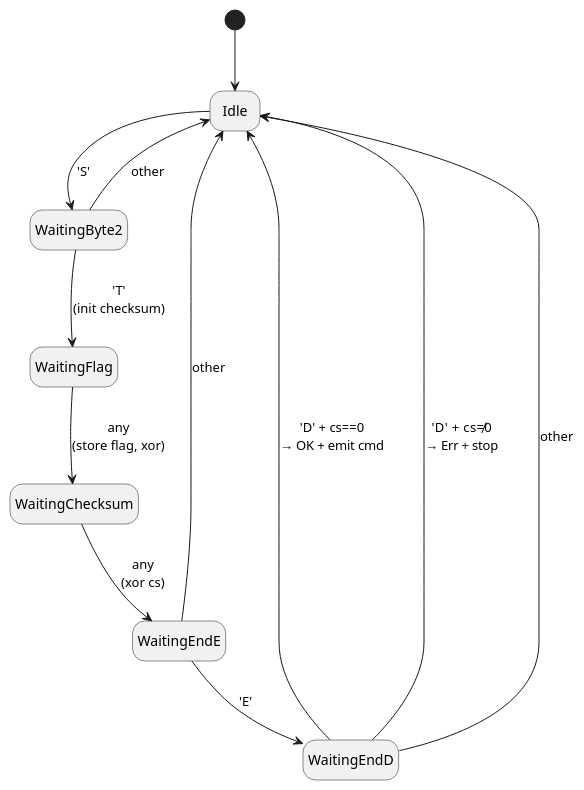
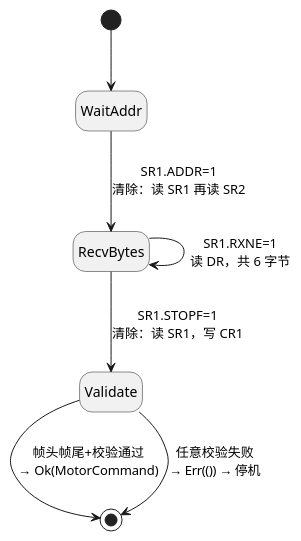
The diagram in src/study/misc/otto/第3幕-副板固件实现.md (kanaD3-Chan/YMDG-BM.github.io), drawn with PlantUML before and after one commit. The commit also changed other lines of this file, not shown here.

```diff
--- a/src/study/misc/otto/第3幕-副板固件实现.md
+++ b/src/study/misc/otto/第3幕-副板固件实现.md
@@ -83,14 +109,9 @@
 @startuml
 hide empty description
-[*] --> Idle
-Idle --> WaitingByte2 : 'S'
-WaitingByte2 --> WaitingFlag : 'T'\n(init checksum)
-WaitingByte2 --> Idle : other
-WaitingFlag --> WaitingChecksum : any\n(store flag, xor)
-WaitingChecksum --> WaitingEndE : any\n(xor cs)
-WaitingEndE --> WaitingEndD : 'E'
-WaitingEndE --> Idle : other
-WaitingEndD --> Idle : 'D' + cs==0\n→ OK + emit cmd
-WaitingEndD --> Idle : 'D' + cs≠0\n→ Err + stop
-WaitingEndD --> Idle : other
+[*] --> WaitAddr
+WaitAddr --> RecvBytes : SR1.ADDR=1\n清除：读 SR1 再读 SR2
+RecvBytes --> RecvBytes : SR1.RXNE=1\n读 DR，共 6 字节
+RecvBytes --> Validate : SR1.STOPF=1\n清除：读 SR1，写 CR1
+Validate --> [*] : 帧头帧尾+校验通过\n→ Ok(MotorCommand)
+Validate --> [*] : 任意校验失败\n→ Err(()) → 停机
 @enduml
```
